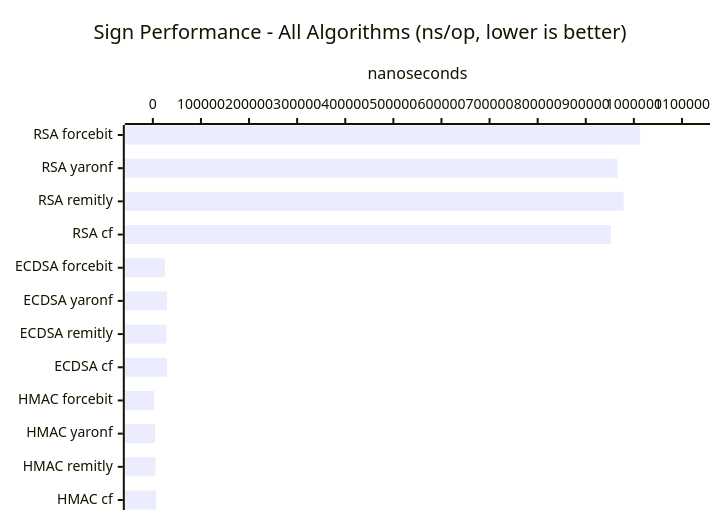
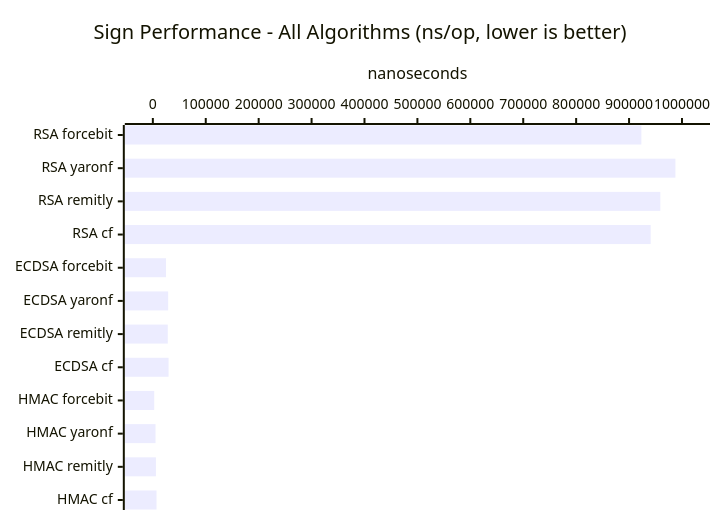
The first of 7 diagrams in benchmarks/README.md (forcebit/http-message-signatures-rfc9421-go), drawn with Mermaid before and after one commit. The commit also changed other lines of this file and 3 other files, not shown here.

````diff
--- a/benchmarks/README.md
+++ b/benchmarks/README.md
@@ -37,7 +37,7 @@
 ```mermaid
 xychart-beta horizontal
     title "Sign Performance - All Algorithms (ns/op, lower is better)"
     x-axis ["RSA forcebit", "RSA yaronf", "RSA remitly", "RSA cf", "ECDSA forcebit", "ECDSA yaronf", "ECDSA remitly", "ECDSA cf", "HMAC forcebit", "HMAC yaronf", "HMAC remitly", "HMAC cf"]
-    y-axis "nanoseconds" 0 --> 1100000
-    bar [1012858, 965976, 978961, 952112, 25082, 29489, 28230, 29553, 2853, 5088, 5491, 6799]
+    y-axis "nanoseconds" 0 --> 1000000
+    bar [923264, 987610, 959115, 940884, 24926, 28924, 28202, 29739, 2580, 5071, 5803, 6931]
 ```
````
